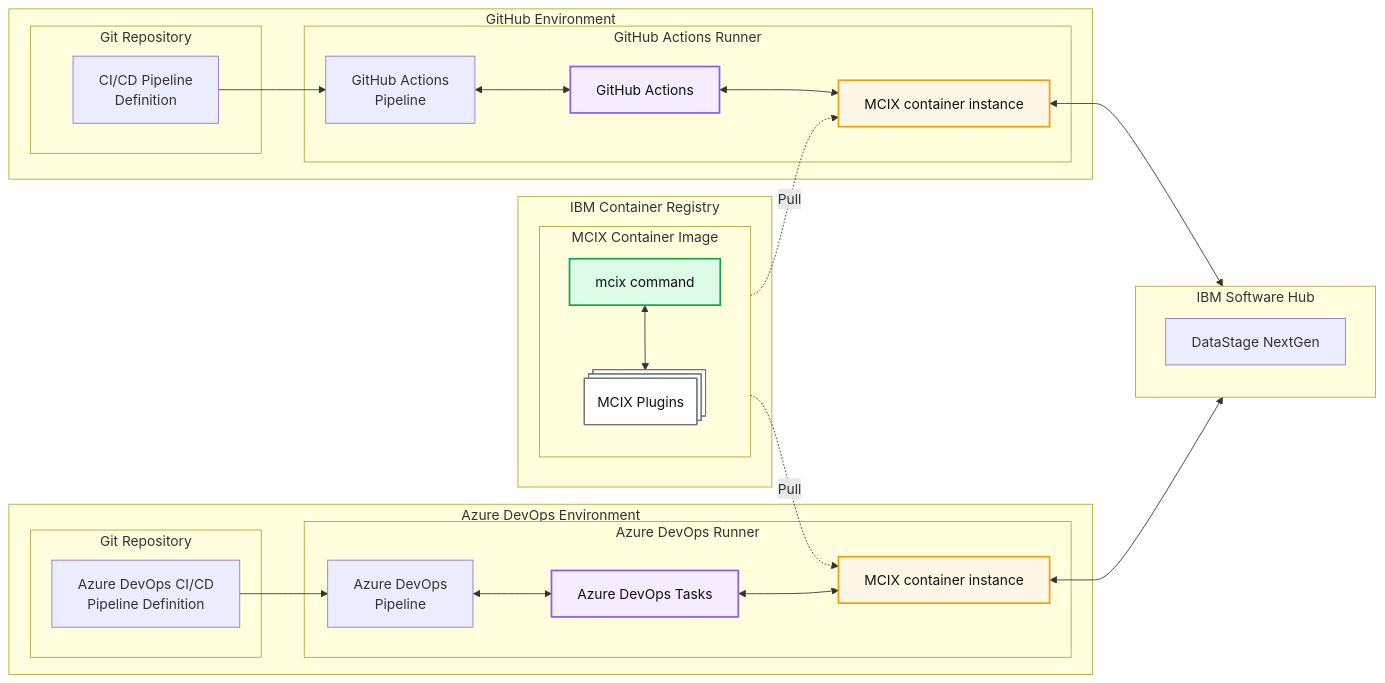
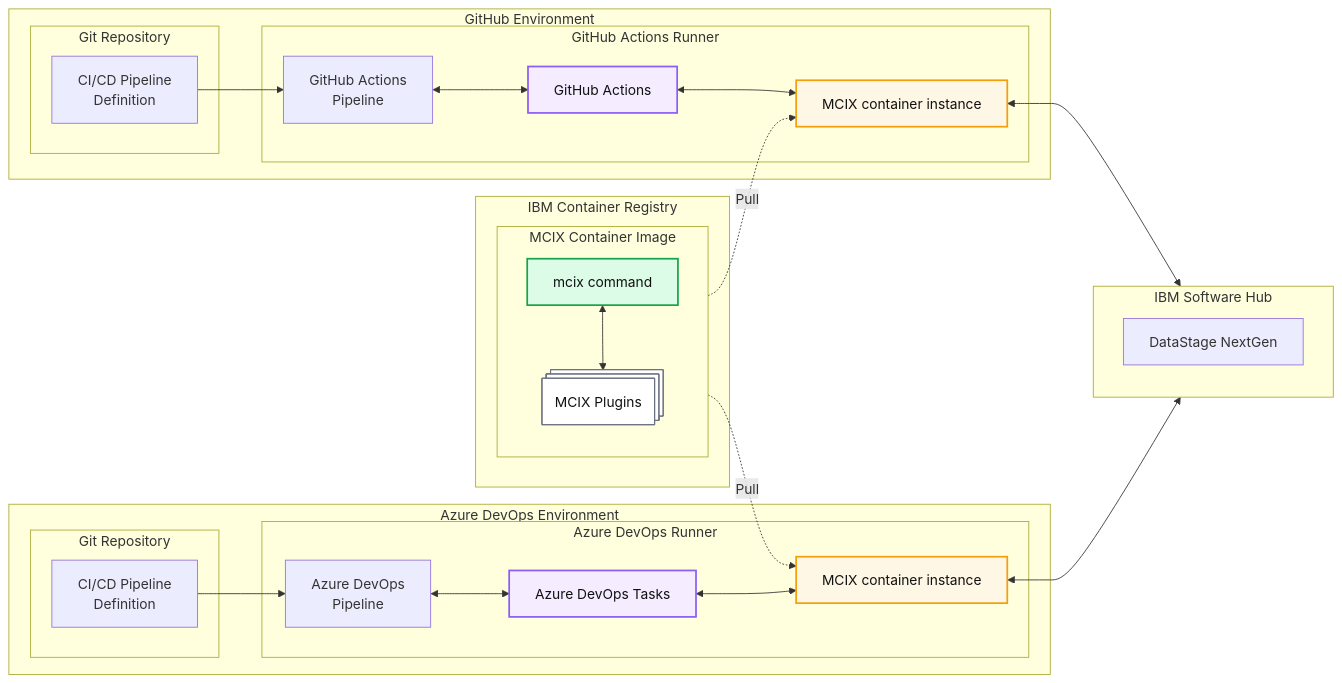
The diagram in ARCHITECTURE.md (MettleCI/mcix), drawn with Mermaid before and after one commit.

Commit message:
Rename Azure DevOps CI/CD Pipeline Definition

```diff
--- a/ARCHITECTURE.md
+++ b/ARCHITECTURE.md
@@ -60,7 +60,7 @@
   %% =========================
   subgraph ADO["Azure DevOps Environment"]
       subgraph ADOREPO["Git Repository"]
-        ADOPIPEDEF["Azure DevOps CI/CD<br/>Pipeline Definition"]
+        ADOPIPEDEF["CI/CD Pipeline<br/>Definition"]
       end
       subgraph ADORUN["Azure DevOps Runner"]
         ADOPIPERUN["Azure DevOps<br/>Pipeline"]
```
